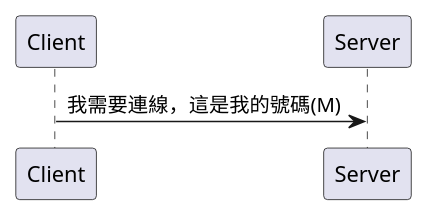
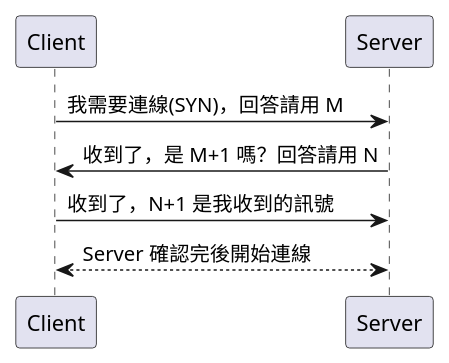
Before and after one commit to louis70109/nijia-blog-backup: the diagram in source/diagrams/src/three_way_handshake.wsd, drawn with PlantUML. The commit also changed 2 other files, not shown here.

```diff
--- a/source/diagrams/src/three_way_handshake.wsd
+++ b/source/diagrams/src/three_way_handshake.wsd
@@ -1,3 +1,6 @@
 @startuml
-Client -> Server: 我需要連線，這是我的號碼(M)
+Client -> Server: 我需要連線(SYN)，回答請用 M
+Server -> Client: 收到了，是 M+1 嗎？回答請用 N
+Client -> Server: 收到了，N+1 是我收到的訊號
+Client <--> Server: Server 確認完後開始連線
 @enduml
```
